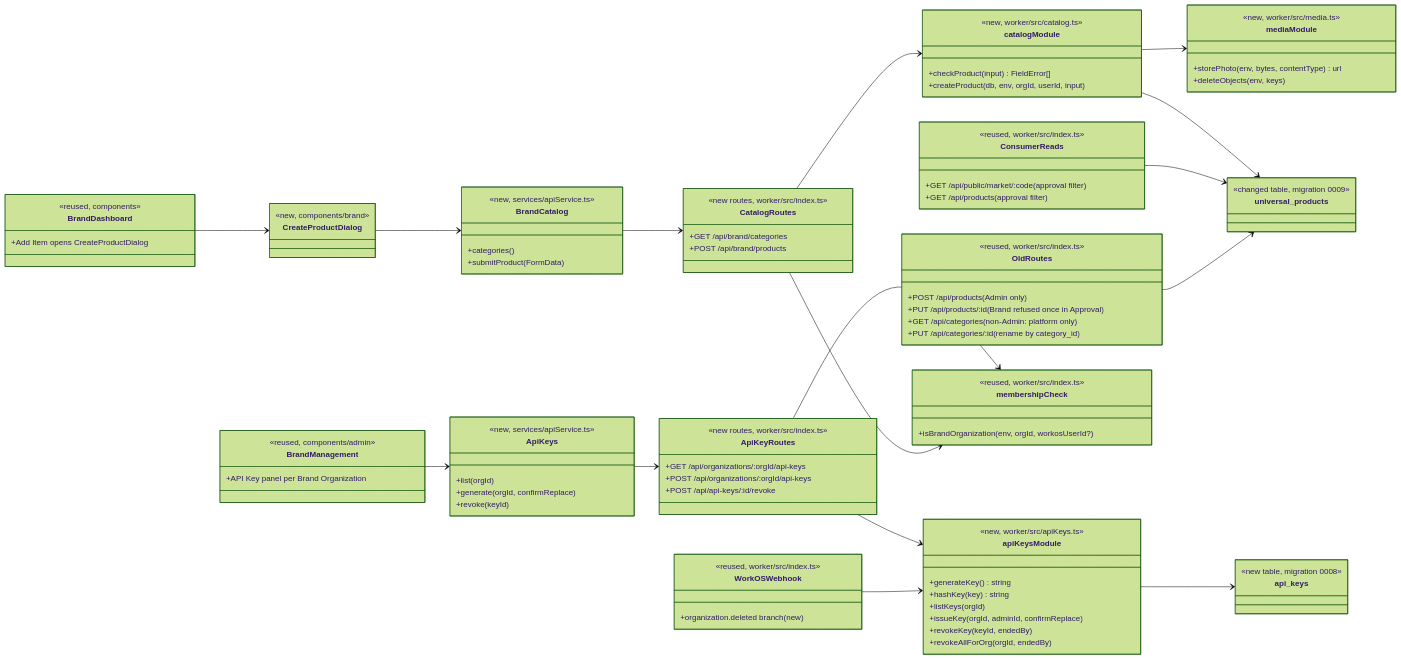
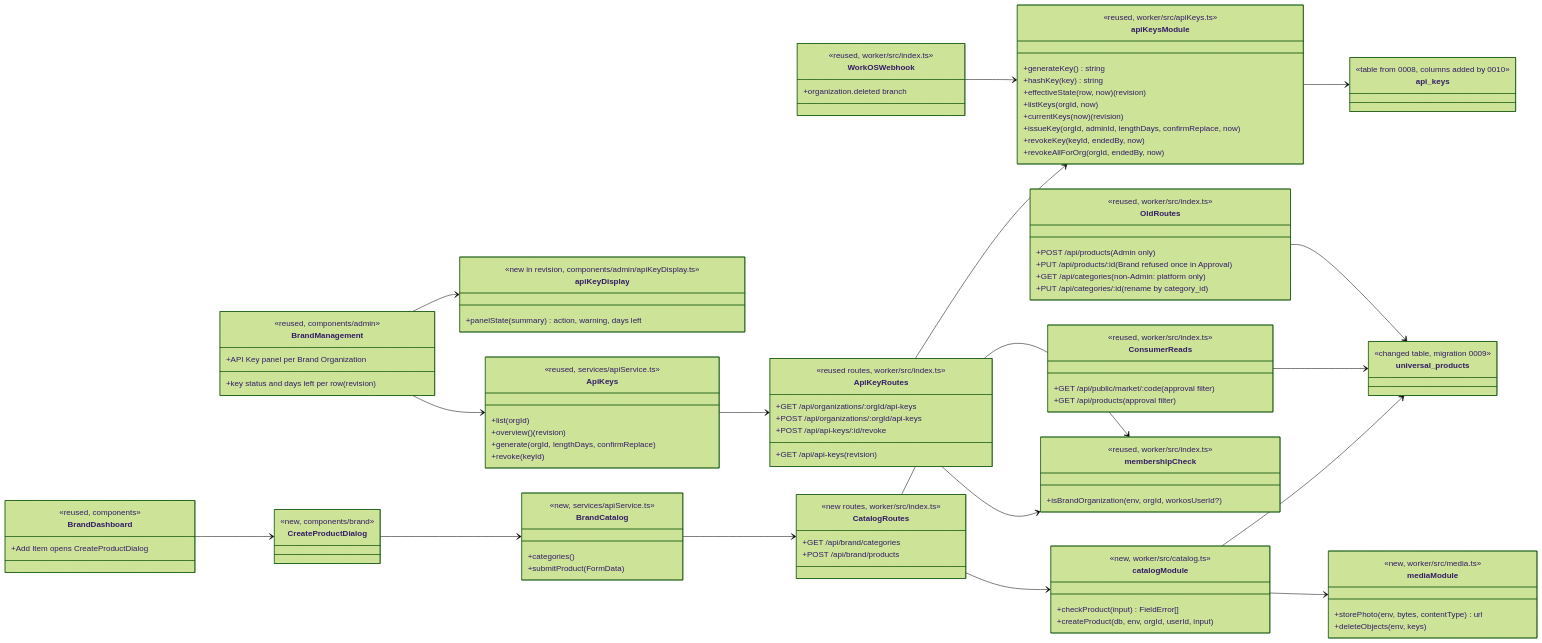
The first of 5 diagrams in docs/design/brnd.md (gkuchar/cosc-40943-team-11-market-match), drawn with Mermaid (forest theme) before and after one commit. The commit also changed other lines of this file and 2 other files, not shown here.

First line of the commit message:
Design API Key expiry and days left for UC-BRND-generate-api-key

```diff
--- a/docs/design/brnd.md
+++ b/docs/design/brnd.md
@@ -50,34 +50,43 @@
     class BrandManagement {
         <<reused, components/admin>>
         +API Key panel per Brand Organization
+        +key status and days left per row (revision)
+    }
+    class apiKeyDisplay {
+        <<new in revision, components/admin/apiKeyDisplay.ts>>
+        +panelState(summary) action, warning, days left
     }
     class ApiKeys {
-        <<new, services/apiService.ts>>
+        <<reused, services/apiService.ts>>
         +list(orgId)
-        +generate(orgId, confirmReplace)
+        +overview() (revision)
+        +generate(orgId, lengthDays, confirmReplace)
         +revoke(keyId)
     }
     class ApiKeyRoutes {
-        <<new routes, worker/src/index.ts>>
+        <<reused routes, worker/src/index.ts>>
+        +GET /api/api-keys (revision)
         +GET /api/organizations/:orgId/api-keys
         +POST /api/organizations/:orgId/api-keys
         +POST /api/api-keys/:id/revoke
     }
     class WorkOSWebhook {
         <<reused, worker/src/index.ts>>
-        +organization.deleted branch (new)
+        +organization.deleted branch
     }
     class apiKeysModule {
-        <<new, worker/src/apiKeys.ts>>
+        <<reused, worker/src/apiKeys.ts>>
         +generateKey() string
         +hashKey(key) string
-        +listKeys(orgId)
-        +issueKey(orgId, adminId, confirmReplace)
-        +revokeKey(keyId, endedBy)
-        +revokeAllForOrg(orgId, endedBy)
+        +effectiveState(row, now) (revision)
+        +listKeys(orgId, now)
+        +currentKeys(now) (revision)
+        +issueKey(orgId, adminId, lengthDays, confirmReplace, now)
+        +revokeKey(keyId, endedBy, now)
+        +revokeAllForOrg(orgId, endedBy, now)
     }
     class api_keys {
-        <<new table, migration 0008>>
+        <<table from 0008, columns added by 0010>>
     }
     class BrandDashboard {
         <<reused, components>>
@@ -126,6 +135,7 @@
         <<changed table, migration 0009>>
     }
     BrandManagement --> ApiKeys
+    BrandManagement --> apiKeyDisplay
     ApiKeys --> ApiKeyRoutes
     ApiKeyRoutes --> apiKeysModule
     ApiKeyRoutes --> membershipCheck
```
